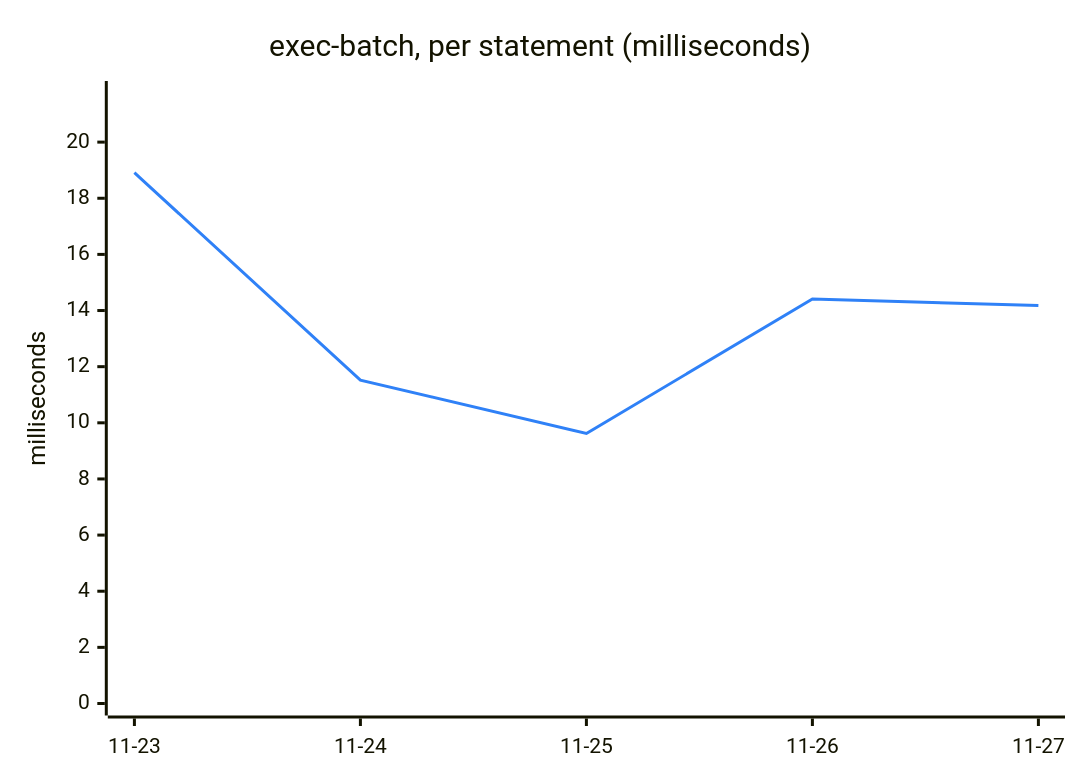
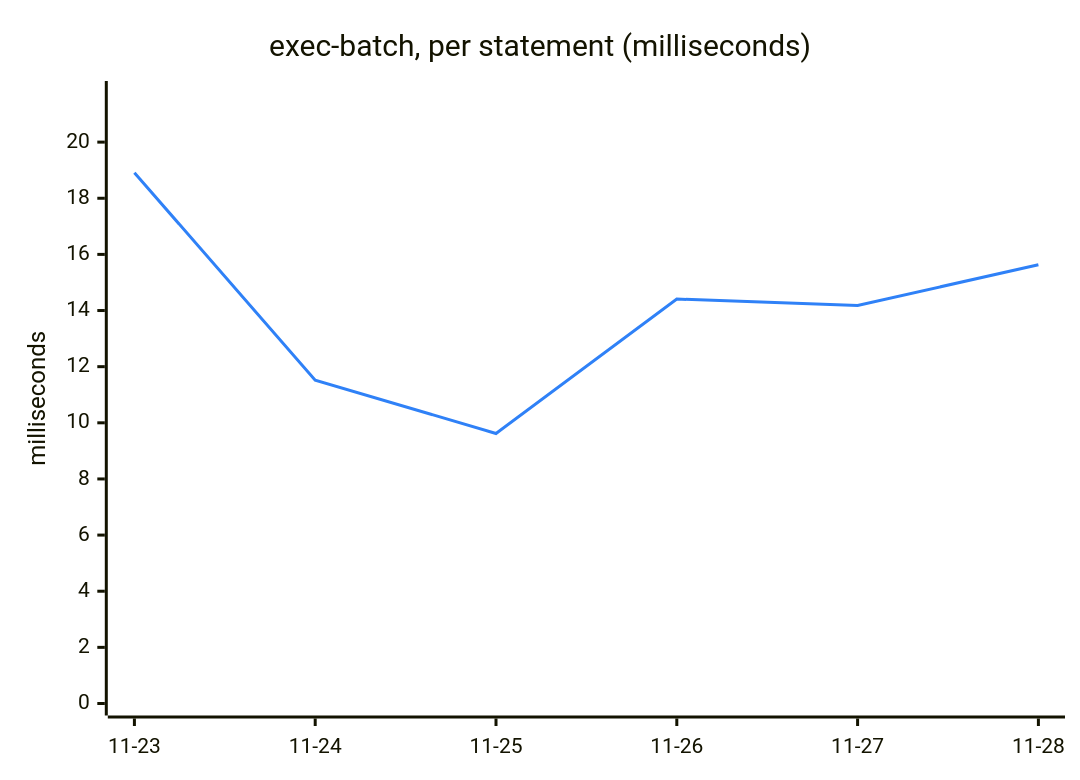
Before and after one commit to engalar/mxcli: the fifth of 6 diagrams in TREND.md, drawn with Mermaid. The commit also changed other lines of this file and 2 other files, not shown here.

````diff
--- a/TREND.md
+++ b/TREND.md
@@ -111,13 +111,13 @@
 ```mermaid
 ---
 config:
   themeVariables:
     xyChart:
       plotColorPalette: "#2f81f7"
 ---
 xychart-beta
     title "exec-batch, per statement (milliseconds)"
-    x-axis ["11-23", "11-24", "11-25", "11-26", "11-27"]
+    x-axis ["11-23", "11-24", "11-25", "11-26", "11-27", "11-28"]
     y-axis "milliseconds" 0 --> 21.75
-    line [18.91, 11.52, 9.62, 14.41, 14.18]
+    line [18.91, 11.52, 9.62, 14.41, 14.18, 15.63]
 ```
````
